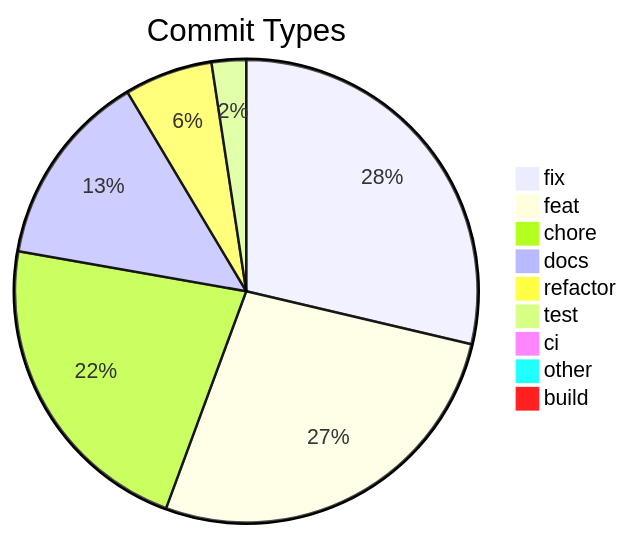
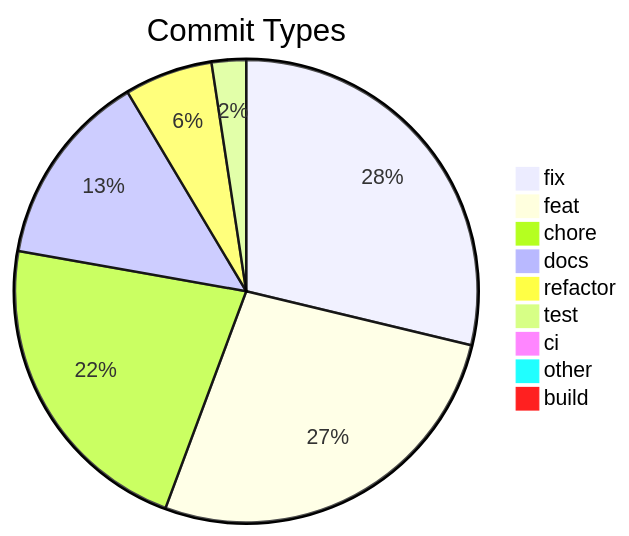
One commit to svenroth-ai/shipwright changed the diagram in .shipwright/compliance/change-history.md. Above: the diagram before and after it, drawn with Mermaid. The commit also changed other lines of this file and 16 other files, not shown here.

````diff
--- a/.shipwright/compliance/change-history.md
+++ b/.shipwright/compliance/change-history.md
@@ -8,12 +8,12 @@
 ```mermaid
 pie title Commit Types
-    "fix" : 298
+    "fix" : 299
     "feat" : 280
     "chore" : 230
     "docs" : 142
     "refactor" : 64
     "test" : 25
     "ci" : 7
     "other" : 7
     "build" : 1
 ```
````
